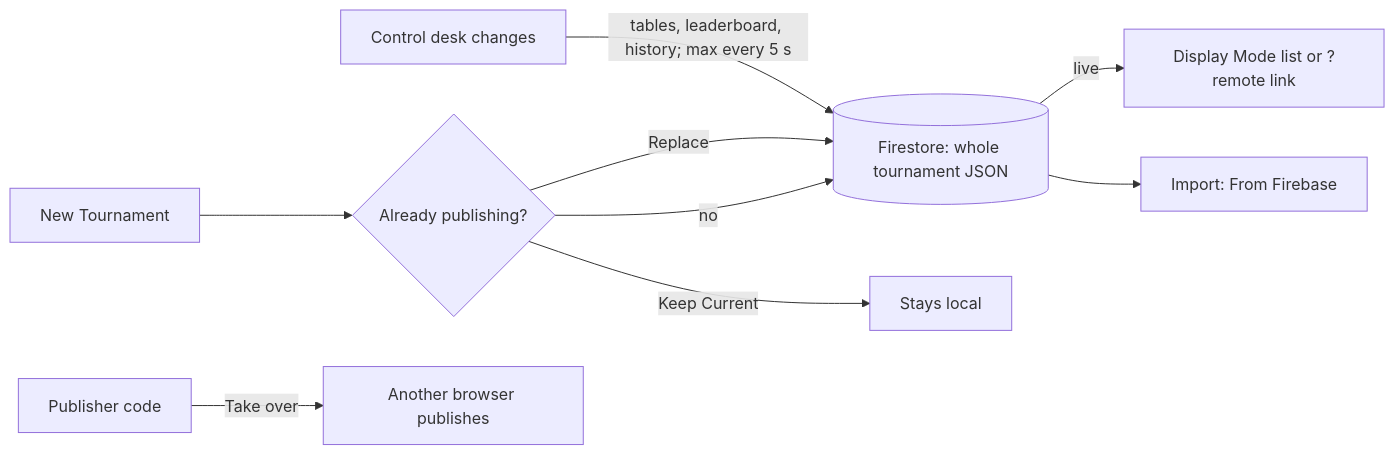
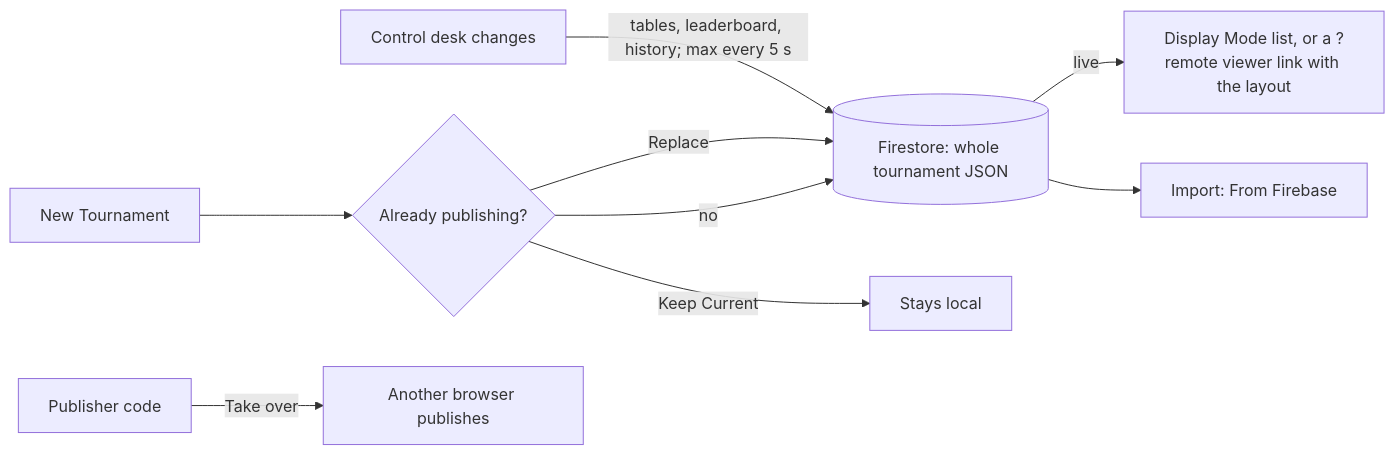
The sixth of 7 diagrams in README.md (DT209/foos-tourney), drawn with Mermaid before and after one commit. The commit also changed other lines of this file and 2 other files, not shown here.

First line of the commit message:
Docs: bring README, CLAUDE.md, Flow.md and diagrams up to date

````diff
--- a/README.md
+++ b/README.md
@@ -292,11 +319,11 @@
 ```mermaid
 flowchart LR
     NT["New Tournament"] --> ASK{"Already publishing?"}
     ASK -->|"no"| PUB[("Firestore: whole tournament JSON")]
     ASK -->|"Replace"| PUB
     ASK -->|"Keep Current"| LOCAL["Stays local"]
     DESK["Control desk changes"] -->|"tables, leaderboard, history; max every 5 s"| PUB
-    PUB -->|"live"| VIEW["Display Mode list or ?remote link"]
+    PUB -->|"live"| VIEW["Display Mode list, or a ?remote viewer link with the layout"]
     PUB --> IMP["Import: From Firebase"]
     CODE["Publisher code"] -->|"Take over"| DESK2["Another browser publishes"]
 ```
````
